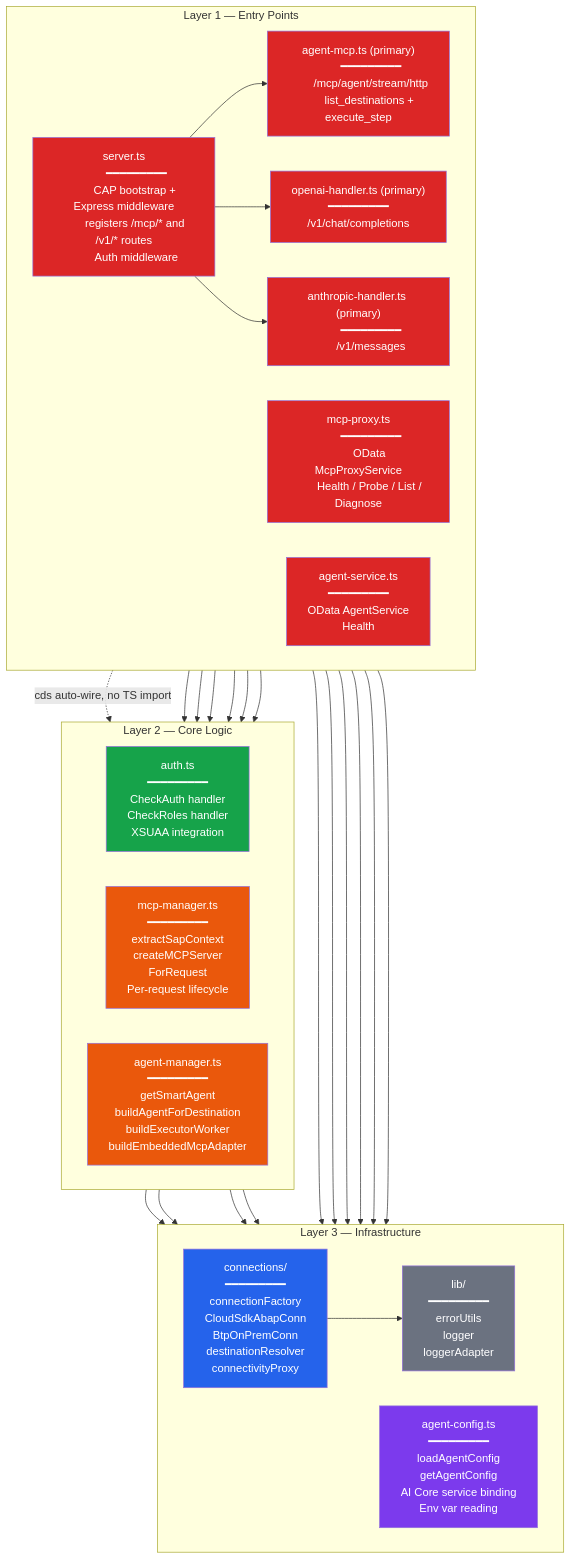
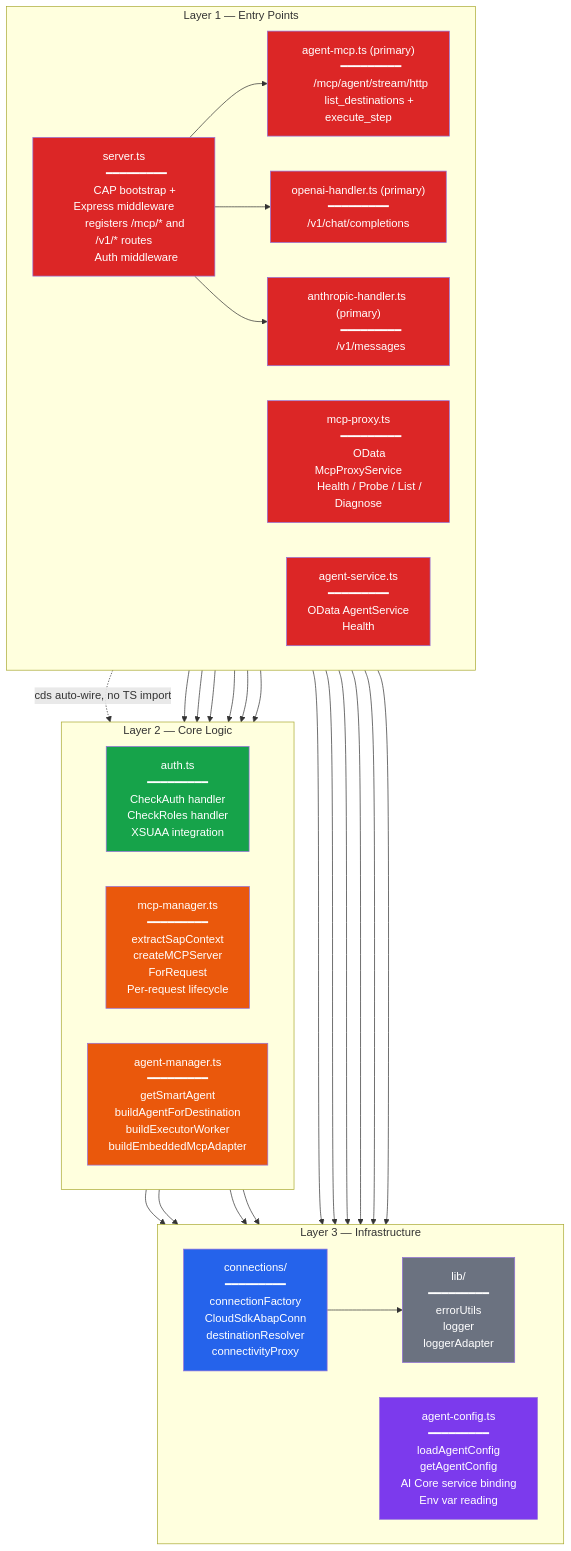
Before and after one commit to fr0ster/cloud-llm-hub: the fourth of 24 diagrams in docs/architecture/ARCHITECTURE.md, drawn with Mermaid. The commit also changed other lines of this file and 45 other files, not shown here.

```diff
--- a/docs/architecture/ARCHITECTURE.md
+++ b/docs/architecture/ARCHITECTURE.md
@@ -293,7 +292,6 @@
         ━━━━━━━━━
         connectionFactory
         CloudSdkAbapConn
-        BtpOnPremConn
         destinationResolver
         connectivityProxy"]
         I["agent-config.ts
```
